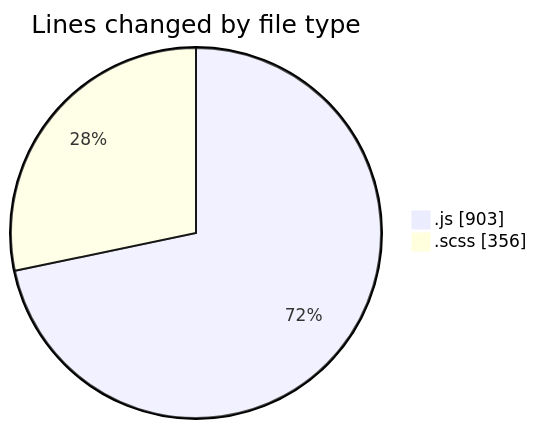
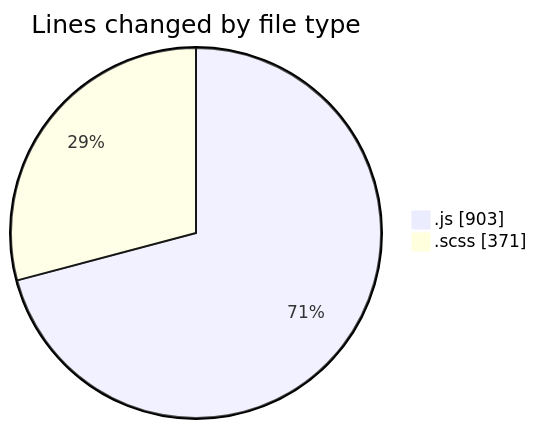
One commit to momahboobian/code-tracking changed the first of 2 diagrams in 2026-01-05/cda/README.md. Above: the diagram before and after it, drawn with Mermaid. The commit also changed other lines of this file and 1 other file, not shown here.

````diff
--- a/2026-01-05/cda/README.md
+++ b/2026-01-05/cda/README.md
@@ -27,6 +27,6 @@
 ```mermaid
 pie showData
 title Lines changed by file type
 ".js" : 903
-".scss" : 356
+".scss" : 371
 ```
````
